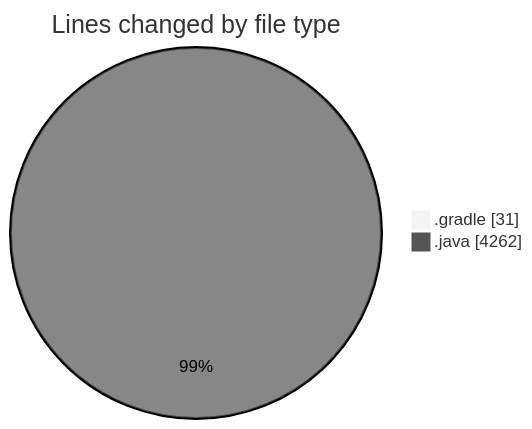
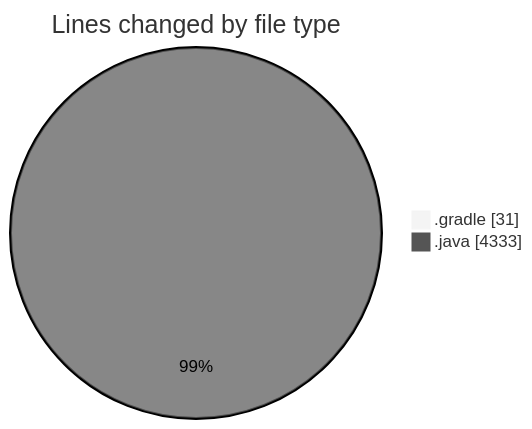
Before and after one commit to charlie-sans/code-tracking: the first of 2 diagrams in 2025-02-21/micros/README.md, drawn with Mermaid (neutral theme). The commit also changed other lines of this file and 1 other file, not shown here.

````diff
--- a/2025-02-21/micros/README.md
+++ b/2025-02-21/micros/README.md
@@ -40,6 +40,6 @@
 ```mermaid
 pie showData
 title Lines changed by file type
 ".gradle" : 31
-".java" : 4262
+".java" : 4333
 ```
````
